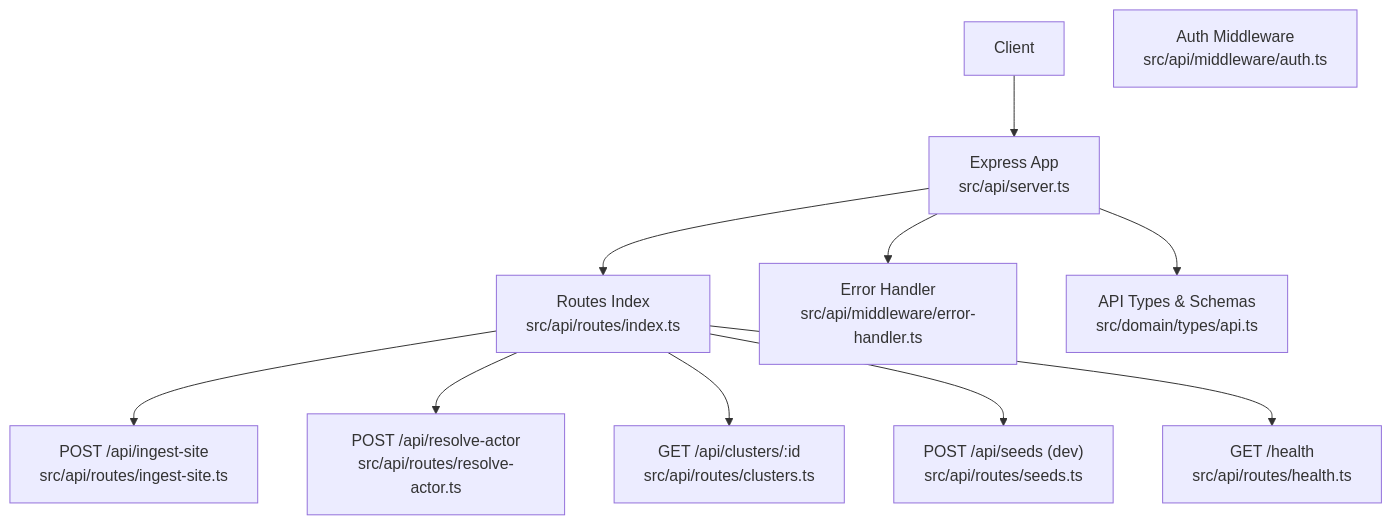
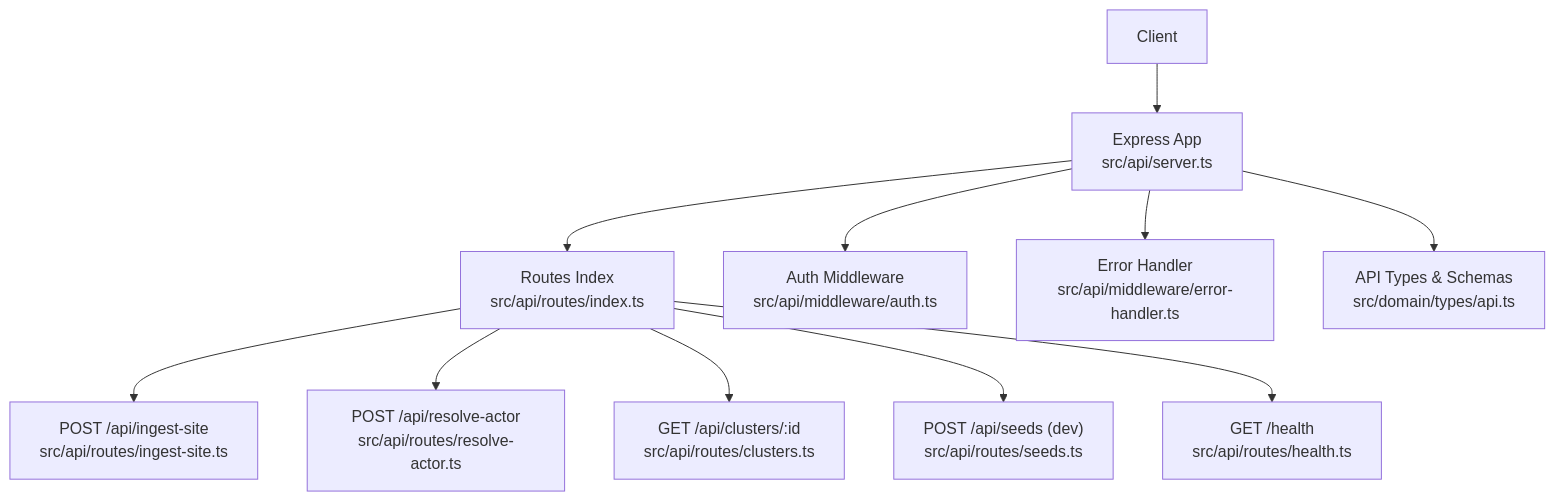
Before and after one commit to vishnusaibhosekar/ares: the first of 3 diagrams in .qoder/repowiki/en/content/API Reference/API Reference.md, drawn with Mermaid. The commit also changed other lines of this file and 12 other files, not shown here.

````diff
--- a/.qoder/repowiki/en/content/API Reference/API Reference.md
+++ b/.qoder/repowiki/en/content/API Reference/API Reference.md
@@ -54,23 +54,24 @@
 ```mermaid
 graph TB
 Client["Client"]
 Express["Express App<br/>src/api/server.ts"]
 RoutesIndex["Routes Index<br/>src/api/routes/index.ts"]
 IngestRoute["POST /api/ingest-site<br/>src/api/routes/ingest-site.ts"]
 ResolveRoute["POST /api/resolve-actor<br/>src/api/routes/resolve-actor.ts"]
 ClustersRoute["GET /api/clusters/:id<br/>src/api/routes/clusters.ts"]
 SeedsRoute["POST /api/seeds (dev)<br/>src/api/routes/seeds.ts"]
 HealthRoute["GET /health<br/>src/api/routes/health.ts"]
 AuthMW["Auth Middleware<br/>src/api/middleware/auth.ts"]
 ErrorMW["Error Handler<br/>src/api/middleware/error-handler.ts"]
 Types["API Types & Schemas<br/>src/domain/types/api.ts"]
 Client --> Express
 Express --> RoutesIndex
 RoutesIndex --> IngestRoute
 RoutesIndex --> ResolveRoute
 RoutesIndex --> ClustersRoute
 RoutesIndex --> SeedsRoute
 RoutesIndex --> HealthRoute
+Express --> AuthMW
 Express --> ErrorMW
 Express --> Types
 ```
````
